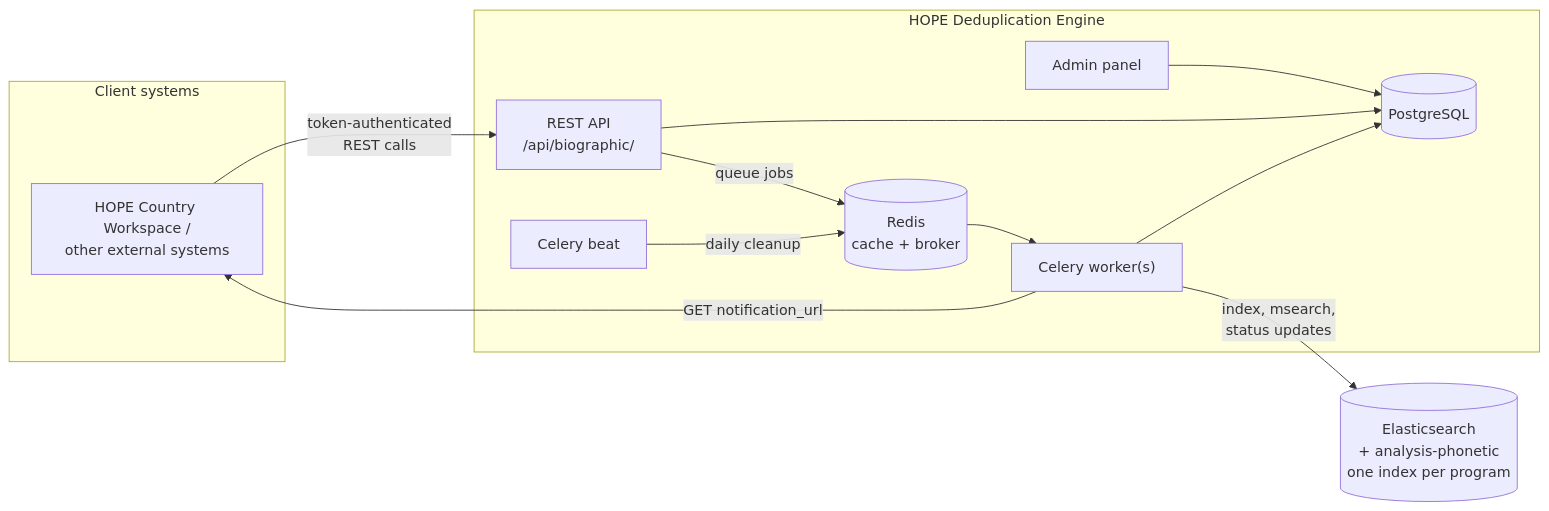
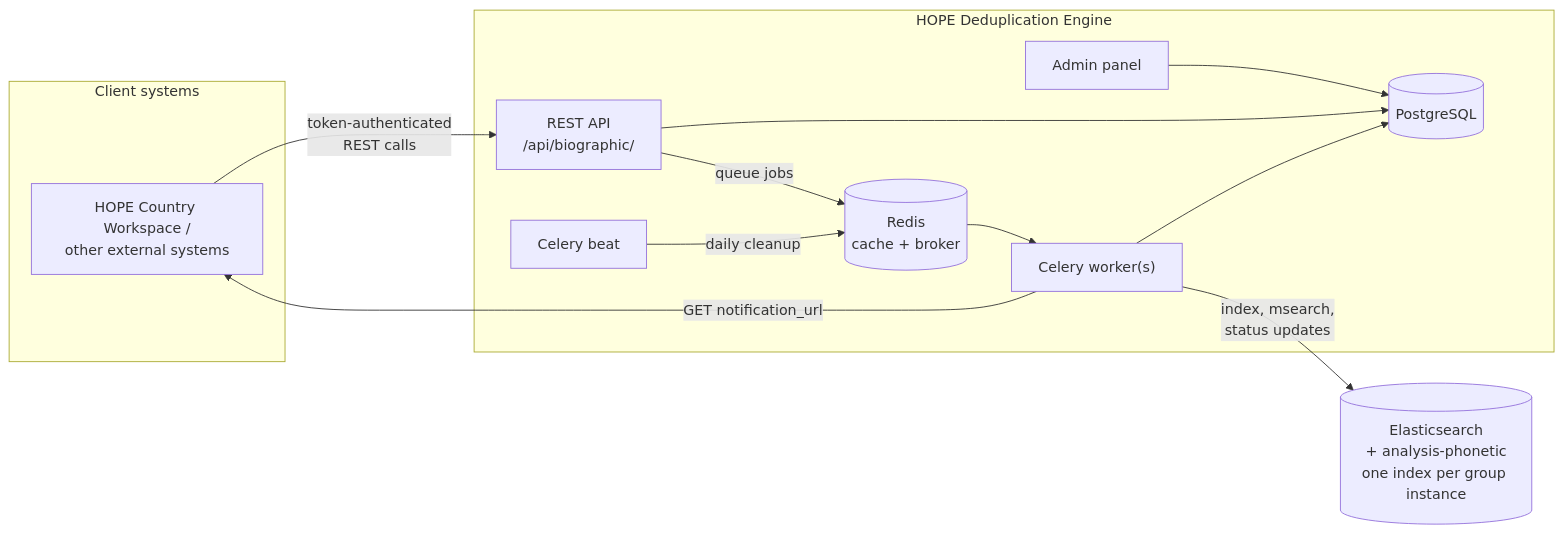
The diagram in docs/src/biographic/concepts/architecture.md (unicef/hope-dedup-engine), drawn with Mermaid before and after one commit. The commit also changed other lines of this file and 24 other files, not shown here.

````diff
--- a/docs/src/biographic/concepts/architecture.md
+++ b/docs/src/biographic/concepts/architecture.md
@@ -5,27 +5,27 @@
 ```mermaid
 flowchart LR
     subgraph clients["Client systems"]
         cw["HOPE Country Workspace /<br>other external systems"]
     end
 
     subgraph hde["HOPE Deduplication Engine"]
         api["REST API<br>/api/biographic/"]
         adminp["Admin panel"]
         db[("PostgreSQL")]
         redis[("Redis<br>cache + broker")]
         worker["Celery worker(s)"]
         beat["Celery beat"]
     end
 
-    es[("Elasticsearch<br>+ analysis-phonetic<br>one index per program")]
+    es[("Elasticsearch<br>+ analysis-phonetic<br>one index per group instance")]
 
     cw -- "token-authenticated<br>REST calls" --> api
     worker -- "GET notification_url" --> cw
     api --> db
     api -- "queue jobs" --> redis
     redis --> worker
     worker --> db
     worker -- "index, msearch,<br>status updates" --> es
     beat -- "daily cleanup" --> redis
     adminp --> db
 ```
````
